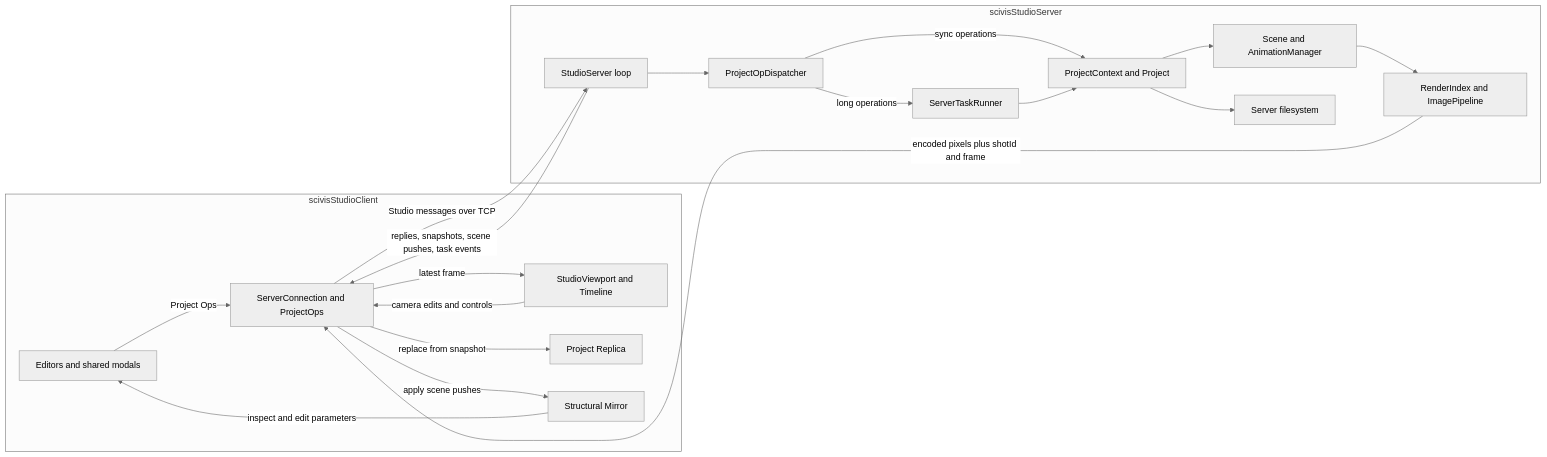
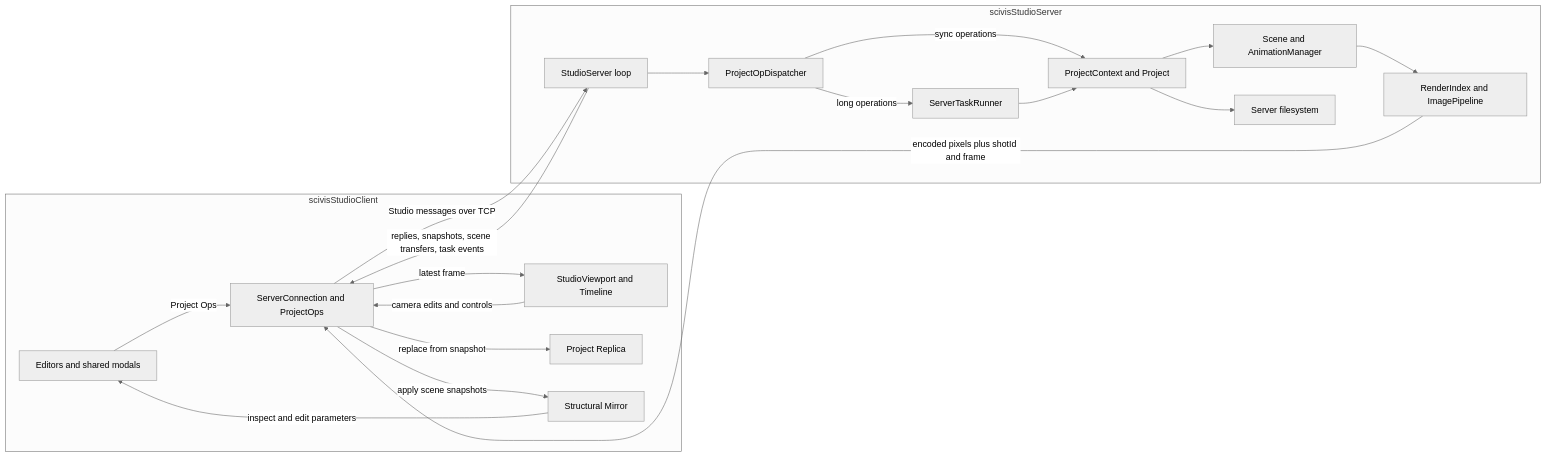
One commit to NVIDIA/Vela changed the first of 2 diagrams in docs/scivis-studio-architecture.md. Above: the diagram before and after it, drawn with Mermaid (neutral theme). The commit also changed other lines of this file and 31 other files, not shown here.

````diff
--- a/docs/scivis-studio-architecture.md
+++ b/docs/scivis-studio-architecture.md
@@ -15,35 +15,35 @@
 ```mermaid
 flowchart LR
   subgraph Client[scivisStudioClient]
     UI[Editors and shared modals]
     VP[StudioViewport and Timeline]
     C[ServerConnection and ProjectOps]
     P[Project Replica]
     M[Structural Mirror]
     UI -->|Project Ops| C
     C -->|replace from snapshot| P
-    C -->|apply scene pushes| M
+    C -->|apply scene snapshots| M
     M -->|inspect and edit parameters| UI
     VP -->|camera edits and controls| C
     C -->|latest frame| VP
   end
   subgraph Server[scivisStudioServer]
     S[StudioServer loop]
     D[ProjectOpDispatcher]
     T[ServerTaskRunner]
     PC[ProjectContext and Project]
     SC[Scene and AnimationManager]
     R[RenderIndex and ImagePipeline]
     FS[Server filesystem]
     S --> D
     D -->|sync operations| PC
     D -->|long operations| T
     T --> PC
     PC --> SC
     PC --> FS
     SC --> R
   end
   C -->|Studio messages over TCP| S
-  S -->|replies, snapshots, scene pushes, task events| C
+  S -->|replies, snapshots, scene transfers, task events| C
   R -->|encoded pixels plus shotId and frame| C
 ```
````
